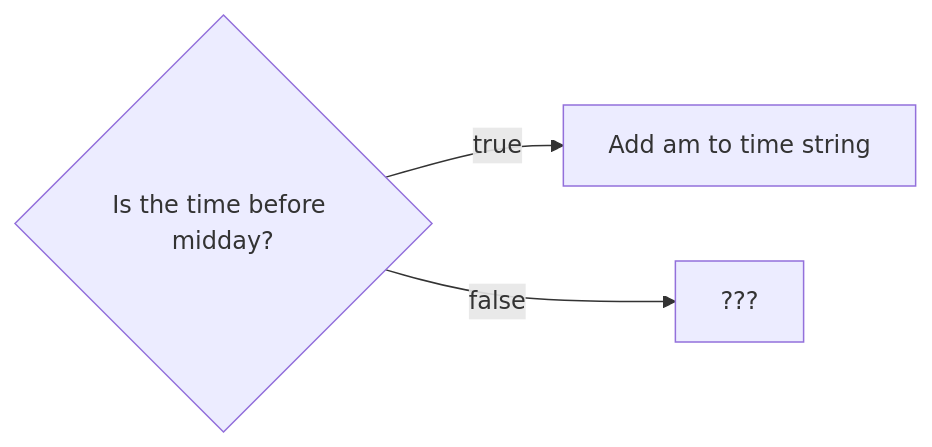
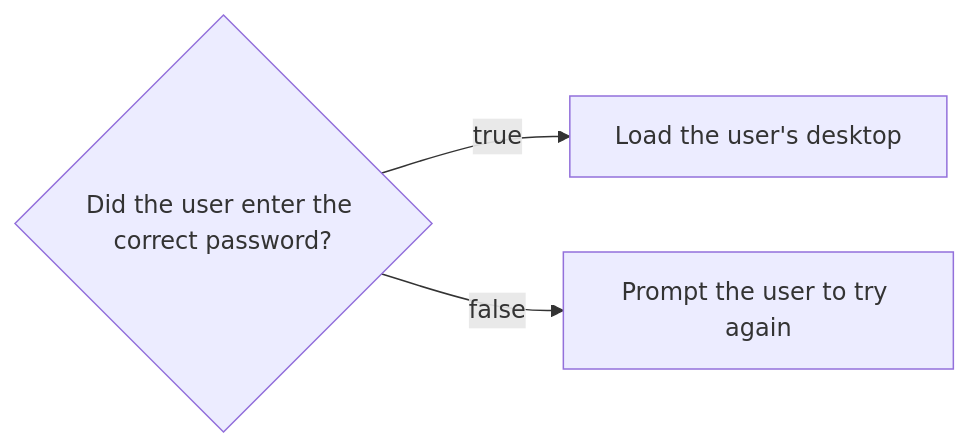
The diagram in common-content/en/module/js1/strategy/index.md (CodeYourFuture/curriculum), drawn with Mermaid before and after one commit. The commit also changed other lines of this file, not shown here.

````diff
--- a/common-content/en/module/js1/strategy/index.md
+++ b/common-content/en/module/js1/strategy/index.md
@@ -25,7 +23,7 @@
 ```mermaid
 
 flowchart LR
 
-A{Is the time before midday?} -- true --> B[Add am to time string]
-A -- false --> C[???]
+A{Did the user enter the correct password?} -- true --> B[Load the user's desktop]
+A -- false --> C[Prompt the user to try again]
 ```
````
